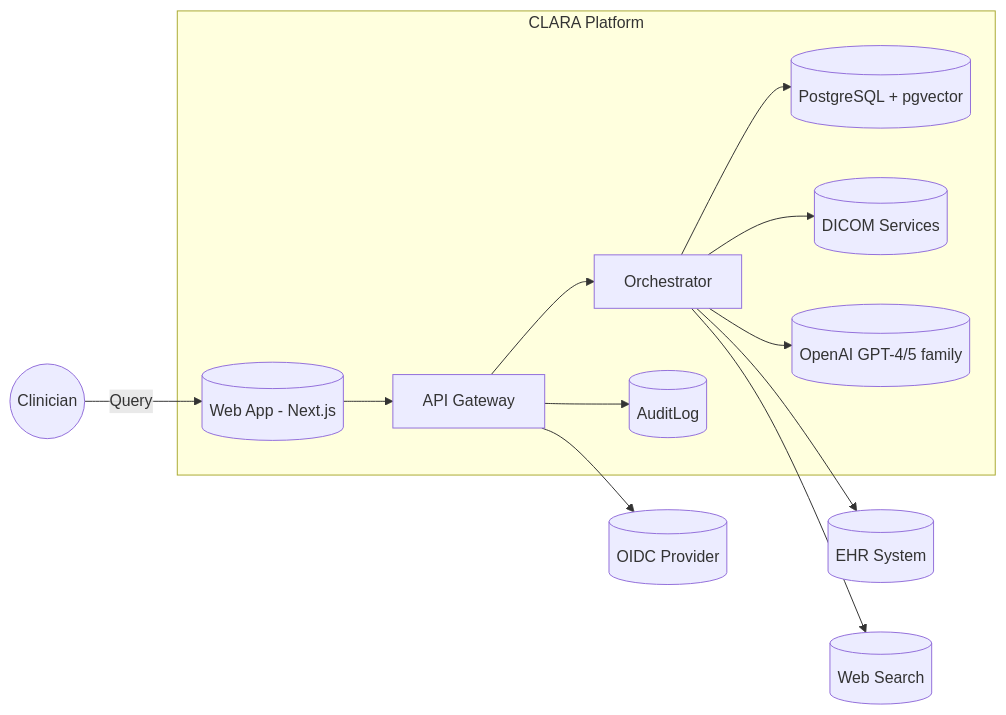
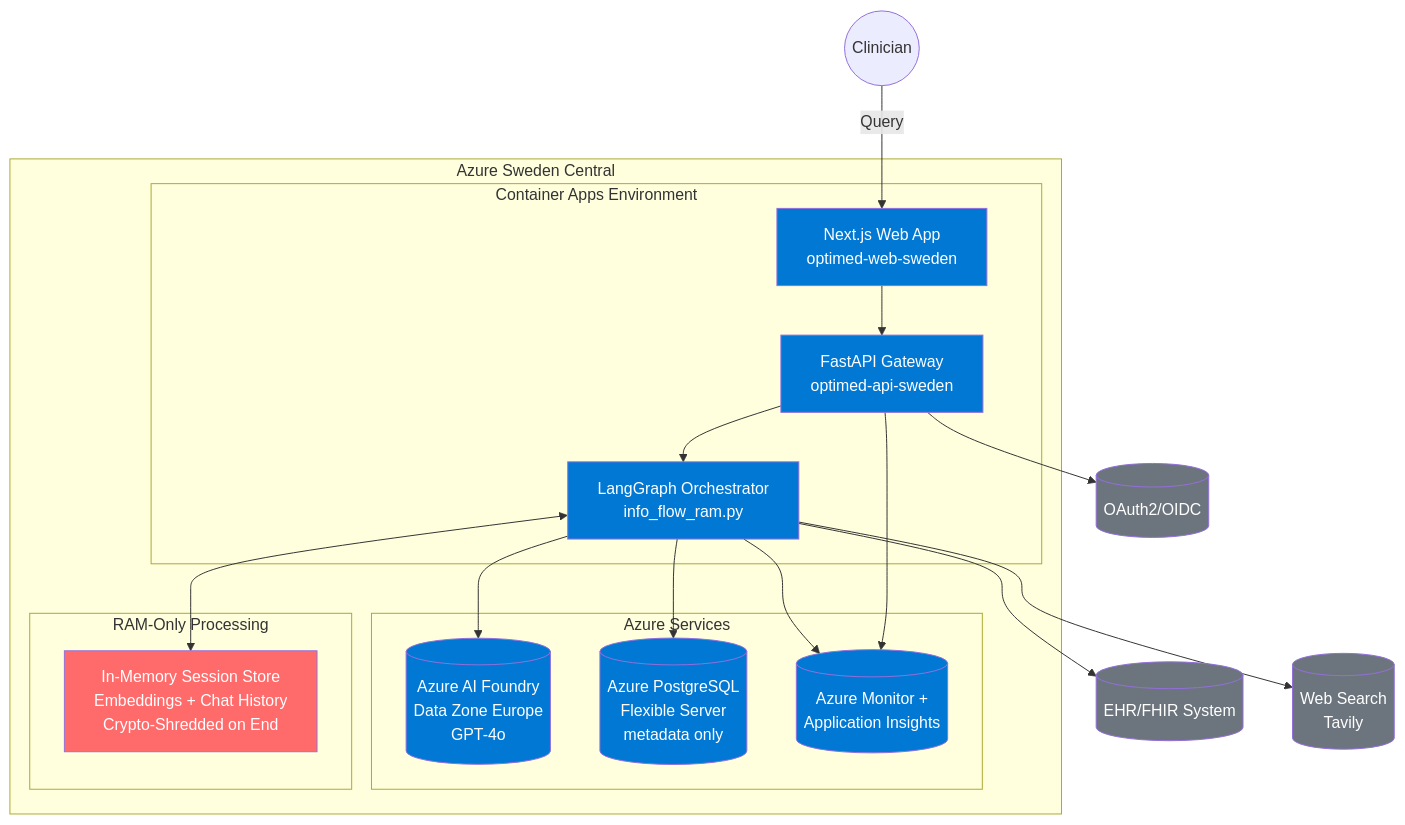
Before and after one commit to Smyan1909/OptiMed: the first of 2 diagrams in docs/architecture/system_architecture.md, drawn with Mermaid. The commit also changed other lines of this file and 13 other files, not shown here.

````diff
--- a/docs/architecture/system_architecture.md
+++ b/docs/architecture/system_architecture.md
@@ -15,26 +15,45 @@
 ```mermaid
-flowchart LR
+flowchart TB
   clinician((Clinician))
-  ehr[(EHR System)]
-  auth[(OIDC Provider)]
-  ws[(Web Search)]
-  subgraph CLARA Platform
-    api[API Gateway]
-    orch[Orchestrator]
-    db[(PostgreSQL + pgvector)]
-    log[(AuditLog)]
-    img[(DICOM Services)]
-    llm[(OpenAI GPT-4/5 family)]
-    web[(Web App - Next.js)]
+  ehr[(EHR/FHIR System)]
+  auth[(OAuth2/OIDC)]
+  ws[(Web Search<br/>Tavily)]
+
+  subgraph Azure Sweden Central
+    subgraph Container Apps Environment
+      web[Next.js Web App<br/>optimed-web-sweden]
+      api[FastAPI Gateway<br/>optimed-api-sweden]
+      orch[LangGraph Orchestrator<br/>info_flow_ram.py]
+    end
+
+    subgraph Azure Services
+      llm[(Azure AI Foundry<br/>Data Zone Europe<br/>GPT-4o)]
+      db[(Azure PostgreSQL<br/>Flexible Server<br/>metadata only)]
+      mon[(Azure Monitor +<br/>Application Insights)]
+    end
+
+    subgraph RAM-Only Processing
+      ram[In-Memory Session Store<br/>Embeddings + Chat History<br/>Crypto-Shredded on End]
+    end
   end
+
   clinician -->|Query| web
   web --> api
   api --> auth
   api --> orch
   orch --> ehr
   orch --> db
   orch --> llm
-  orch --> img
   orch --> ws
-  api --> log
+  orch <--> ram
+  api --> mon
+  orch --> mon
+
+  classDef azure fill:#0078D4,color:#fff
+  classDef memory fill:#FF6B6B,color:#fff
+  classDef external fill:#6C757D,color:#fff
+
+  class web,api,orch,llm,db,mon azure
+  class ram memory
+  class ehr,auth,ws external
 ```
````
